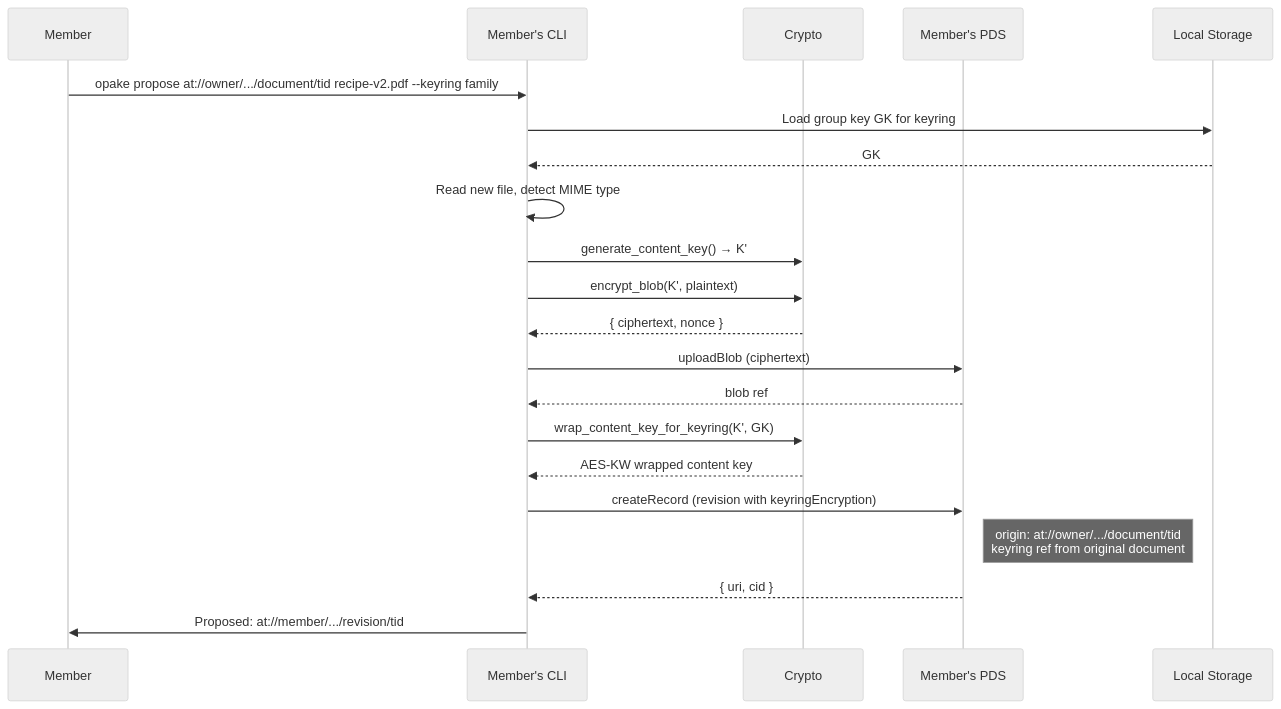
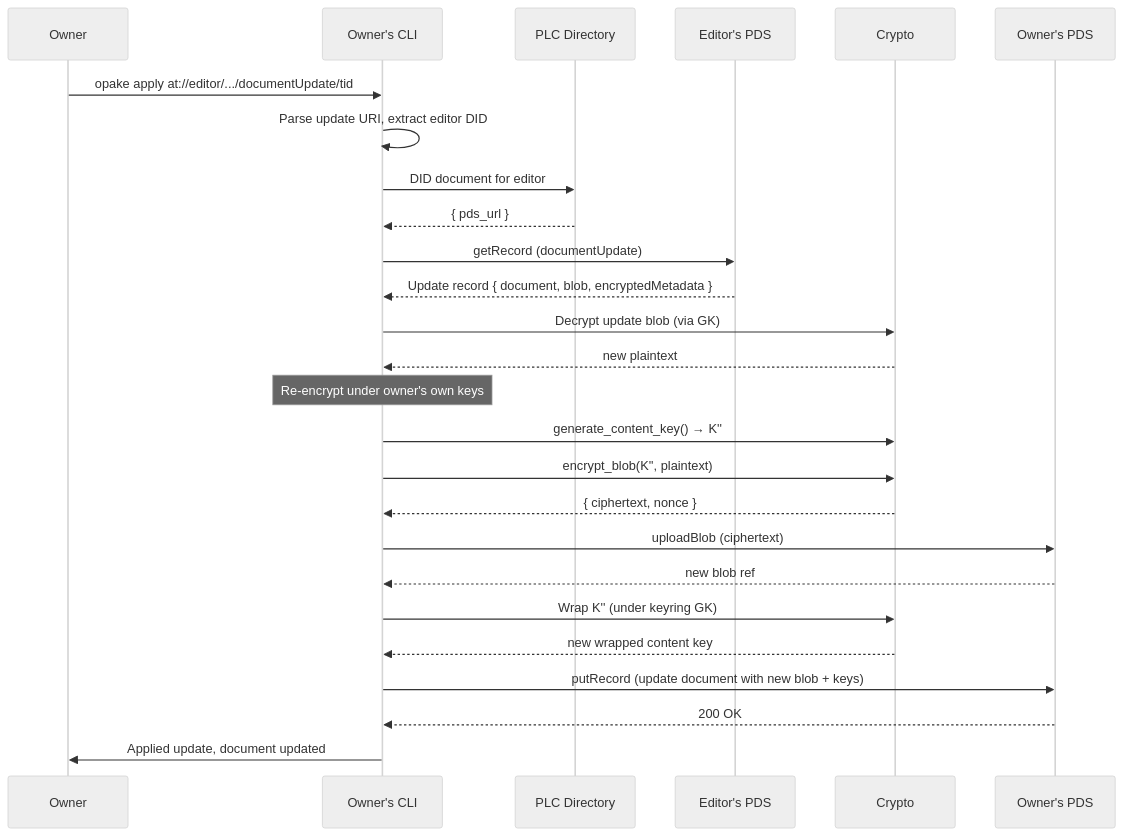
The second of 4 diagrams in docs/flows/revisions.md (Sans-Self/Opake), drawn with Mermaid (neutral theme) before and after one commit. The commit also changed other lines of this file and 363 other files, not shown here.

````diff
--- a/docs/flows/revisions.md
+++ b/docs/flows/revisions.md
@@ -42,30 +46,37 @@
 ```mermaid
 sequenceDiagram
-    participant Member
-    participant CLI as Member's CLI
+    participant Owner
+    participant CLI as Owner's CLI
+    participant PLC as PLC Directory
+    participant EditorPDS as Editor's PDS
     participant Crypto
-    participant MemberPDS as Member's PDS
-    participant Disk as Local Storage
+    participant OwnerPDS as Owner's PDS
 
-    Member->>CLI: opake propose at://owner/.../document/tid recipe-v2.pdf --keyring family
+    Owner->>CLI: opake apply at://editor/.../documentUpdate/tid
 
-    CLI->>Disk: Load group key GK for keyring
-    Disk-->>CLI: GK
+    CLI->>CLI: Parse update URI, extract editor DID
+    CLI->>PLC: DID document for editor
+    PLC-->>CLI: { pds_url }
 
-    CLI->>CLI: Read new file, detect MIME type
-    CLI->>Crypto: generate_content_key() → K'
-    CLI->>Crypto: encrypt_blob(K', plaintext)
+    CLI->>EditorPDS: getRecord (documentUpdate)
+    EditorPDS-->>CLI: Update record { document, blob, encryptedMetadata }
+
+    CLI->>Crypto: Decrypt update blob (via GK)
+    Crypto-->>CLI: new plaintext
+
+    Note over CLI: Re-encrypt under owner's own keys
+    CLI->>Crypto: generate_content_key() → K''
+    CLI->>Crypto: encrypt_blob(K'', plaintext)
     Crypto-->>CLI: { ciphertext, nonce }
 
-    CLI->>MemberPDS: uploadBlob (ciphertext)
-    MemberPDS-->>CLI: blob ref
+    CLI->>OwnerPDS: uploadBlob (ciphertext)
+    OwnerPDS-->>CLI: new blob ref
 
-    CLI->>Crypto: wrap_content_key_for_keyring(K', GK)
-    Crypto-->>CLI: AES-KW wrapped content key
+    CLI->>Crypto: Wrap K'' (under keyring GK)
+    Crypto-->>CLI: new wrapped content key
 
-    CLI->>MemberPDS: createRecord (revision with keyringEncryption)
-    Note right of MemberPDS: origin: at://owner/.../document/tid<br/>keyring ref from original document
-    MemberPDS-->>CLI: { uri, cid }
+    CLI->>OwnerPDS: putRecord (update document with new blob + keys)
+    OwnerPDS-->>CLI: 200 OK
 
-    CLI->>Member: Proposed: at://member/.../revision/tid
+    CLI->>Owner: Applied update, document updated
 ```
````
